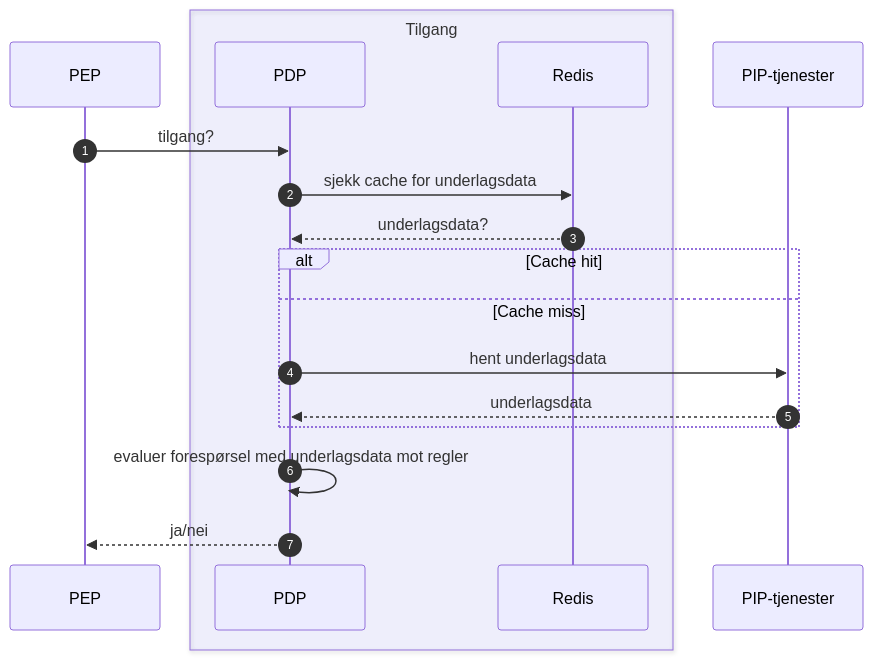
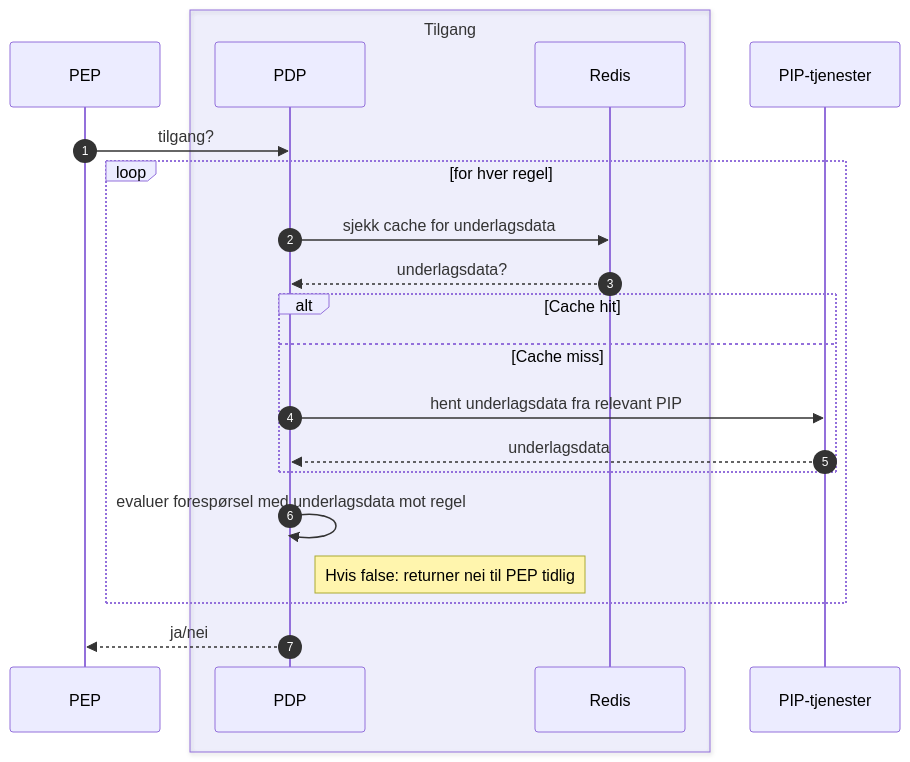
The diagram in docs/funksjonalitet/11_Tilgangsstyring/teknisk.md (navikt/aap-intern-sysdok), drawn with Mermaid before and after one commit. The commit also changed other lines of this file, not shown here.

Commit message:
Enda en oppdatering av tilgang-dok

````diff
--- a/docs/funksjonalitet/11_Tilgangsstyring/teknisk.md
+++ b/docs/funksjonalitet/11_Tilgangsstyring/teknisk.md
@@ -9,21 +9,23 @@
 ```mermaid
 sequenceDiagram
     autonumber
     PEP->>PDP: tilgang?
         box rgba(0, 0, 255, .05) Tilgang 
         participant PDP
         participant Redis
     end
-    PDP->>Redis: sjekk cache for underlagsdata
-    Redis-->>PDP: underlagsdata?
-
-    alt Cache hit
-    else Cache miss
-        PDP->>PIP-tjenester: hent underlagsdata
-        PIP-tjenester-->>PDP: underlagsdata
+    loop for hver regel
+        PDP->>Redis: sjekk cache for underlagsdata
+        Redis-->>PDP: underlagsdata?
+    
+        alt Cache hit
+        else Cache miss
+            PDP->>PIP-tjenester: hent underlagsdata fra relevant PIP
+            PIP-tjenester-->>PDP: underlagsdata
+        end
+        PDP->>PDP: evaluer forespørsel med underlagsdata mot regel
+        Note right of PDP: Hvis false: returner nei til PEP tidlig
     end
-
-    PDP->>PDP: evaluer forespørsel med underlagsdata mot regler
     PDP-->>PEP: ja/nei
 
 ```
````
